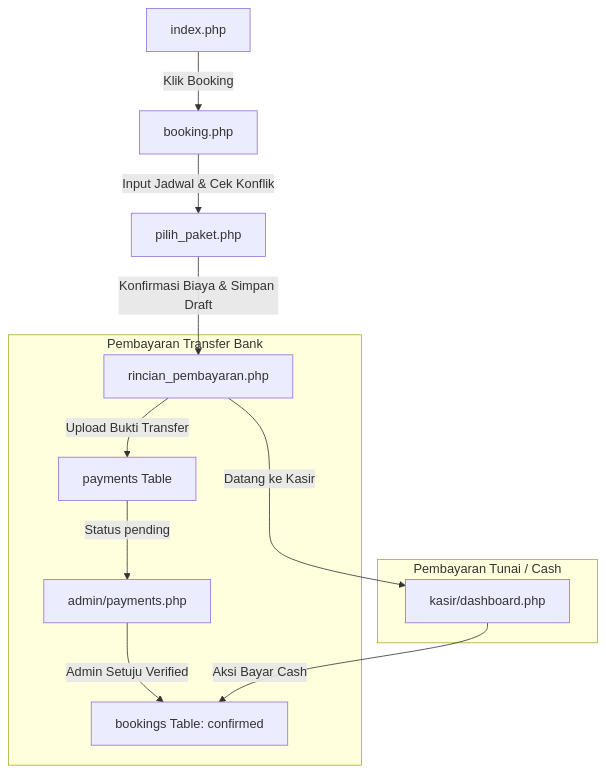
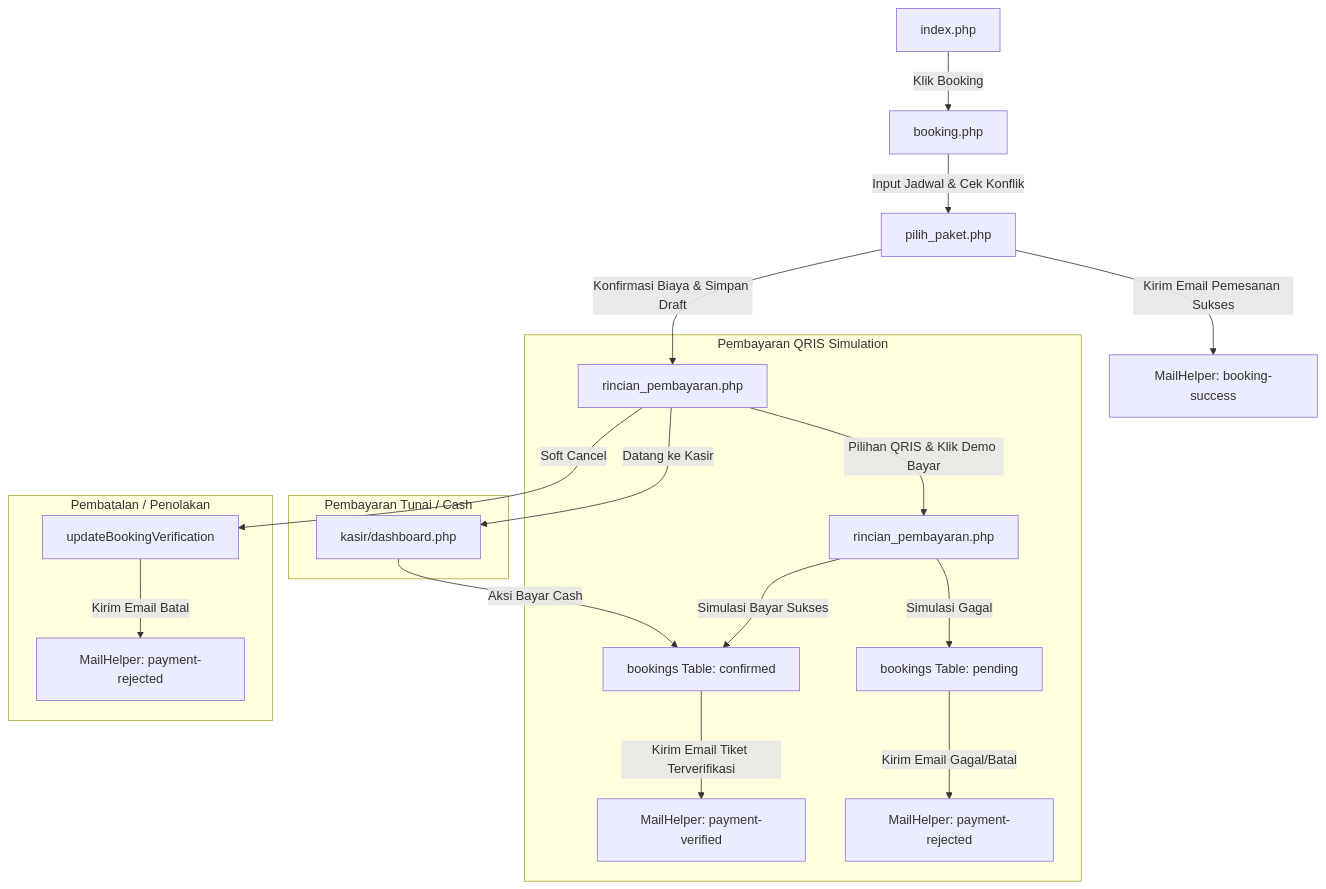
Before and after one commit to naoxzenn/PadelClub: the first of 3 diagrams in docs/analisa.md, drawn with Mermaid. The commit also changed other lines of this file and 25 other files, not shown here.

````diff
--- a/docs/analisa.md
+++ b/docs/analisa.md
@@ -641,17 +821,25 @@
 ```mermaid
 graph TD
     A[index.php] -- Klik Booking --> B[booking.php]
     B -- Input Jadwal & Cek Konflik --> C[pilih_paket.php]
     C -- Konfirmasi Biaya & Simpan Draft --> D[rincian_pembayaran.php]
+    C -- Kirim Email Pemesanan Sukses --> C_Mail[MailHelper: booking-success]
     
-    subgraph Pembayaran Transfer Bank
-        D -- Upload Bukti Transfer --> E[payments Table]
-        E -- Status pending --> F[admin/payments.php]
-        F -- Admin Setuju Verified --> G[bookings Table: confirmed]
+    subgraph Pembayaran QRIS Simulation
+        D -- Pilihan QRIS & Klik Demo Bayar --> D_QRIS[rincian_pembayaran.php]
+        D_QRIS -- Simulasi Bayar Sukses --> G[bookings Table: confirmed]
+        D_QRIS -- Simulasi Gagal --> G_Pending[bookings Table: pending]
+        G -- Kirim Email Tiket Terverifikasi --> G_Mail[MailHelper: payment-verified]
+        G_Pending -- Kirim Email Gagal/Batal --> G_FailMail[MailHelper: payment-rejected]
     end
 
     subgraph Pembayaran Tunai / Cash
         D -- Datang ke Kasir --> H[kasir/dashboard.php]
         H -- Aksi Bayar Cash --> G
     end
+
+    subgraph Pembatalan / Penolakan
+        D -- Soft Cancel --> D_Cancel[updateBookingVerification]
+        D_Cancel -- Kirim Email Batal --> D_Mail[MailHelper: payment-rejected]
+    end
 ```
````
